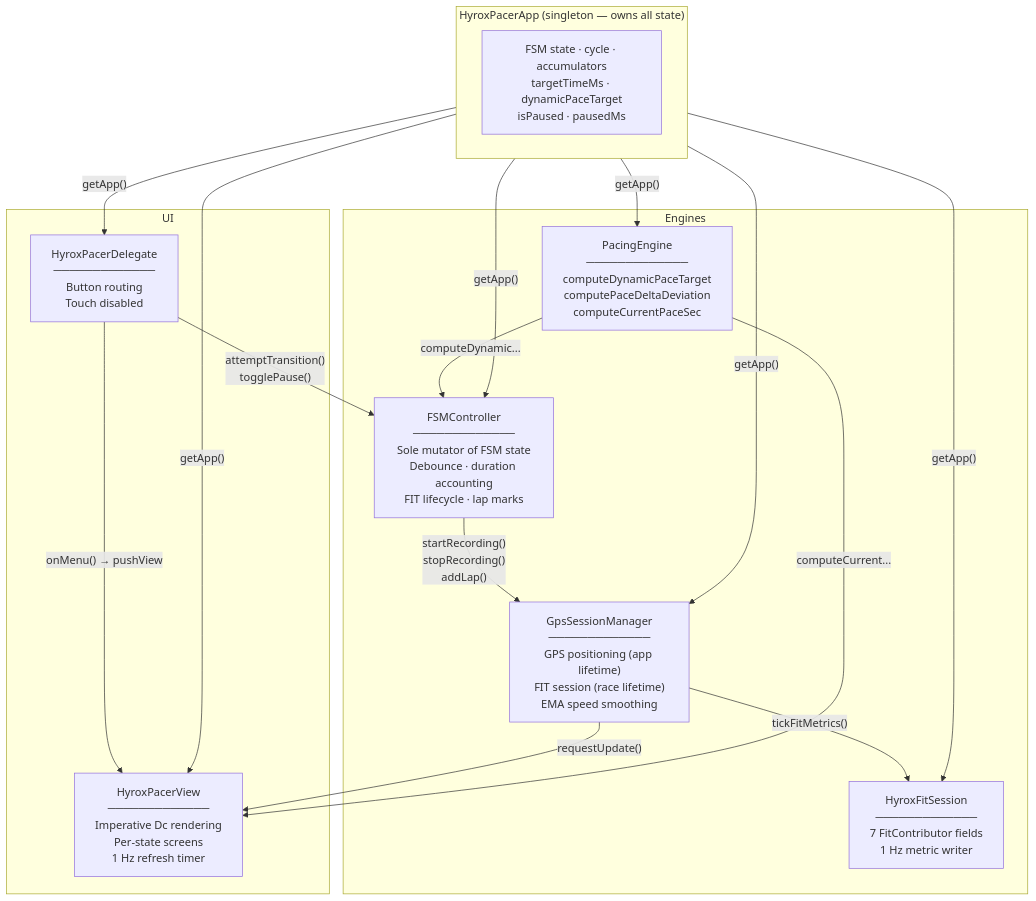
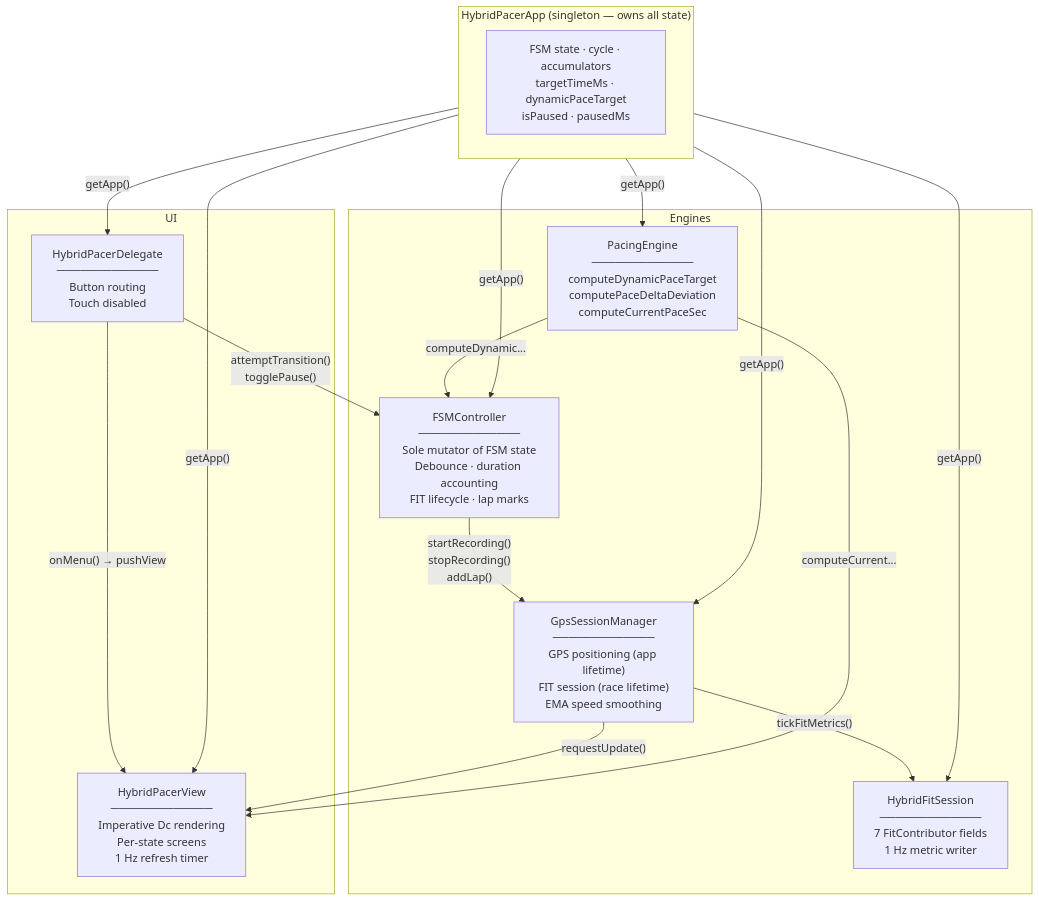
The first of 3 diagrams in README.md (SoyTiyi/HybridPacer), drawn with Mermaid before and after one commit. The commit also changed other lines of this file and 44 other files, not shown here.

First line of the commit message:
Rebrand HYROX -> HybridPacer to remove trademark references

````diff
--- a/README.md
+++ b/README.md
@@ -56,32 +56,32 @@
 ```mermaid
 graph TD
-    subgraph App["HyroxPacerApp (singleton — owns all state)"]
+    subgraph App["HybridPacerApp (singleton — owns all state)"]
         STATE["FSM state · cycle · accumulators\ntargetTimeMs · dynamicPaceTarget\nisPaused · pausedMs"]
     end
 
     subgraph Engines
         FSM["FSMController\n─────────────\nSole mutator of FSM state\nDebounce · duration accounting\nFIT lifecycle · lap marks"]
         GPS["GpsSessionManager\n─────────────\nGPS positioning (app lifetime)\nFIT session (race lifetime)\nEMA speed smoothing"]
-        FIT["HyroxFitSession\n─────────────\n7 FitContributor fields\n1 Hz metric writer"]
+        FIT["HybridFitSession\n─────────────\n7 FitContributor fields\n1 Hz metric writer"]
         PAC["PacingEngine\n─────────────\ncomputeDynamicPaceTarget\ncomputePaceDeltaDeviation\ncomputeCurrentPaceSec"]
     end
 
     subgraph UI
-        VIEW["HyroxPacerView\n─────────────\nImperative Dc rendering\nPer-state screens\n1 Hz refresh timer"]
-        DEL["HyroxPacerDelegate\n─────────────\nButton routing\nTouch disabled"]
+        VIEW["HybridPacerView\n─────────────\nImperative Dc rendering\nPer-state screens\n1 Hz refresh timer"]
+        DEL["HybridPacerDelegate\n─────────────\nButton routing\nTouch disabled"]
     end
 
     DEL -- "attemptTransition()\ntogglePause()" --> FSM
     DEL -- "onMenu() → pushView" --> VIEW
     FSM -- "startRecording()\nstopRecording()\naddLap()" --> GPS
     GPS -- "tickFitMetrics()" --> FIT
     GPS -- "requestUpdate()" --> VIEW
     PAC -- "computeDynamic..." --> FSM
     PAC -- "computeCurrent..." --> VIEW
     App -- "getApp()" --> FSM
     App -- "getApp()" --> GPS
     App -- "getApp()" --> FIT
     App -- "getApp()" --> PAC
     App -- "getApp()" --> VIEW
     App -- "getApp()" --> DEL
 ```
````
